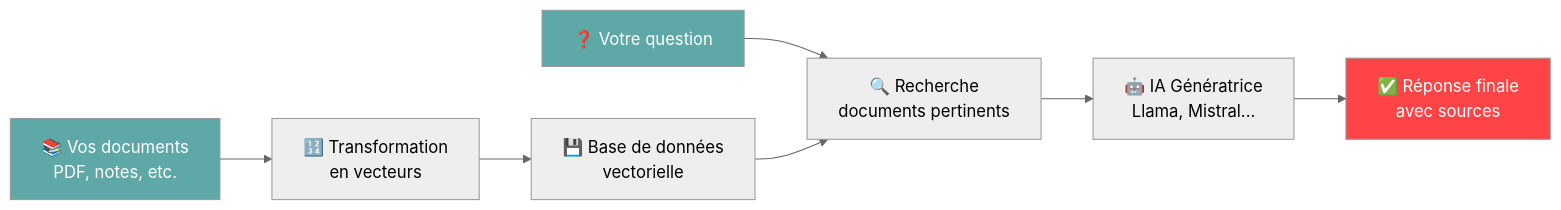
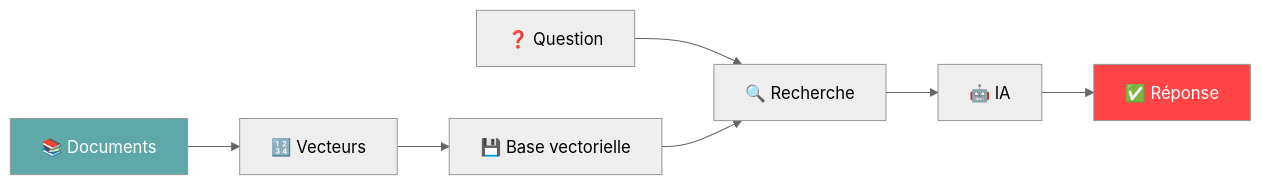
Before and after one commit to kl-IOS/IA_Locale: the second of 2 diagrams in claude/presentation_grand_public.md, drawn with Mermaid (neutral theme). The commit also changed other lines of this file and 16 other files, not shown here.

````diff
--- a/claude/presentation_grand_public.md
+++ b/claude/presentation_grand_public.md
@@ -266,15 +227,12 @@
 ```mermaid
 graph LR
-    A[📚 Vos documents<br/>PDF, notes, etc.] --> B[🔢 Transformation<br/>en vecteurs]
-    B --> C[💾 Base de données<br/>vectorielle]
-
-    D[❓ Votre question] --> E[🔍 Recherche<br/>documents pertinents]
+    A[📚 Documents] --> B[🔢 Vecteurs]
+    B --> C[💾 Base vectorielle]
+    D[❓ Question] --> E[🔍 Recherche]
     C --> E
-
-    E --> F[🤖 IA Génératrice<br/>Llama, Mistral...]
-    F --> G[✅ Réponse finale<br/>avec sources]
+    E --> F[🤖 IA]
+    F --> G[✅ Réponse]
 
     style A fill:#5EA8A7,color:#fff
-    style D fill:#5EA8A7,color:#fff
     style G fill:#FE4447,color:#fff
 ```
````
